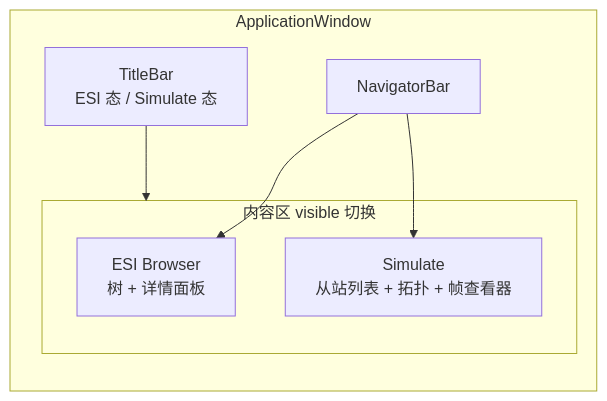
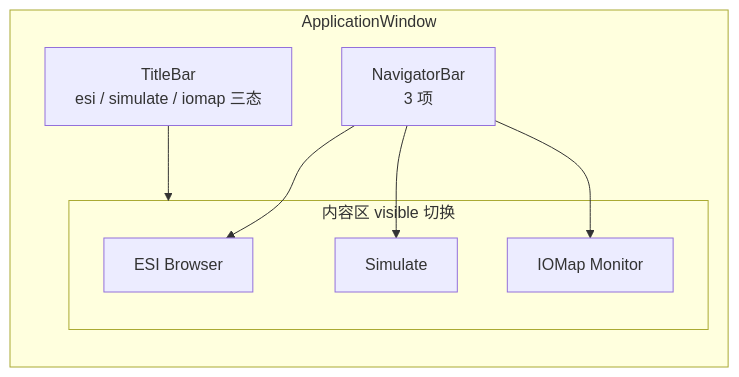
Before and after one commit to pipi-can/Ethercat-Lab: diagram 13 of 13 in README.md, drawn with Mermaid. The commit also changed other lines of this file and 2 other files, not shown here.

````diff
--- a/README.md
+++ b/README.md
@@ -145,15 +759,14 @@
 ```mermaid
 flowchart LR
     subgraph Window["ApplicationWindow"]
-        TB["TitleBar\nESI 态 / Simulate 态"]
-        NAV["NavigatorBar"]
+        TB["TitleBar\nesi / simulate / iomap 三态"]
+        NAV["NavigatorBar\n3 项"]
         subgraph Pages["内容区 visible 切换"]
-            P0["ESI Browser\n树 + 详情面板"]
-            P1["Simulate\n从站列表 + 拓扑 + 帧查看器"]
+            P0["ESI Browser"]
+            P1["Simulate"]
+            P2["IOMap Monitor"]
         end
     end
-
     TB --> Pages
-    NAV --> P0
-    NAV --> P1
+    NAV --> P0 & P1 & P2
 ```
````
